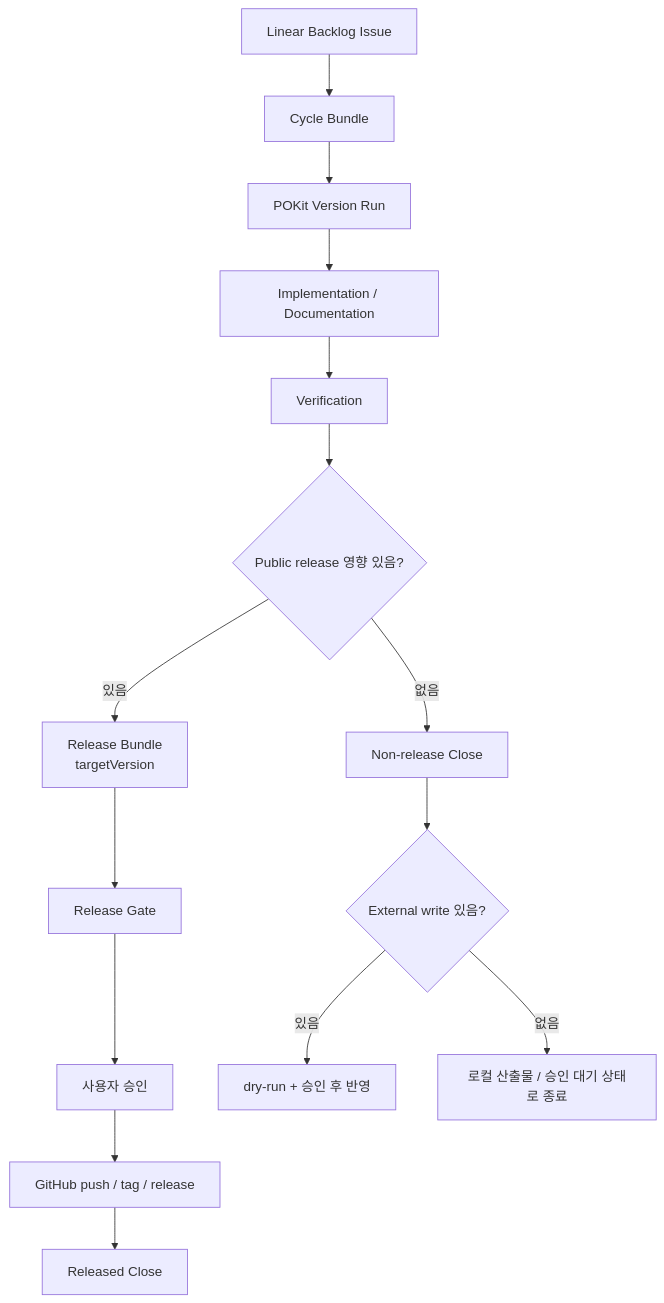
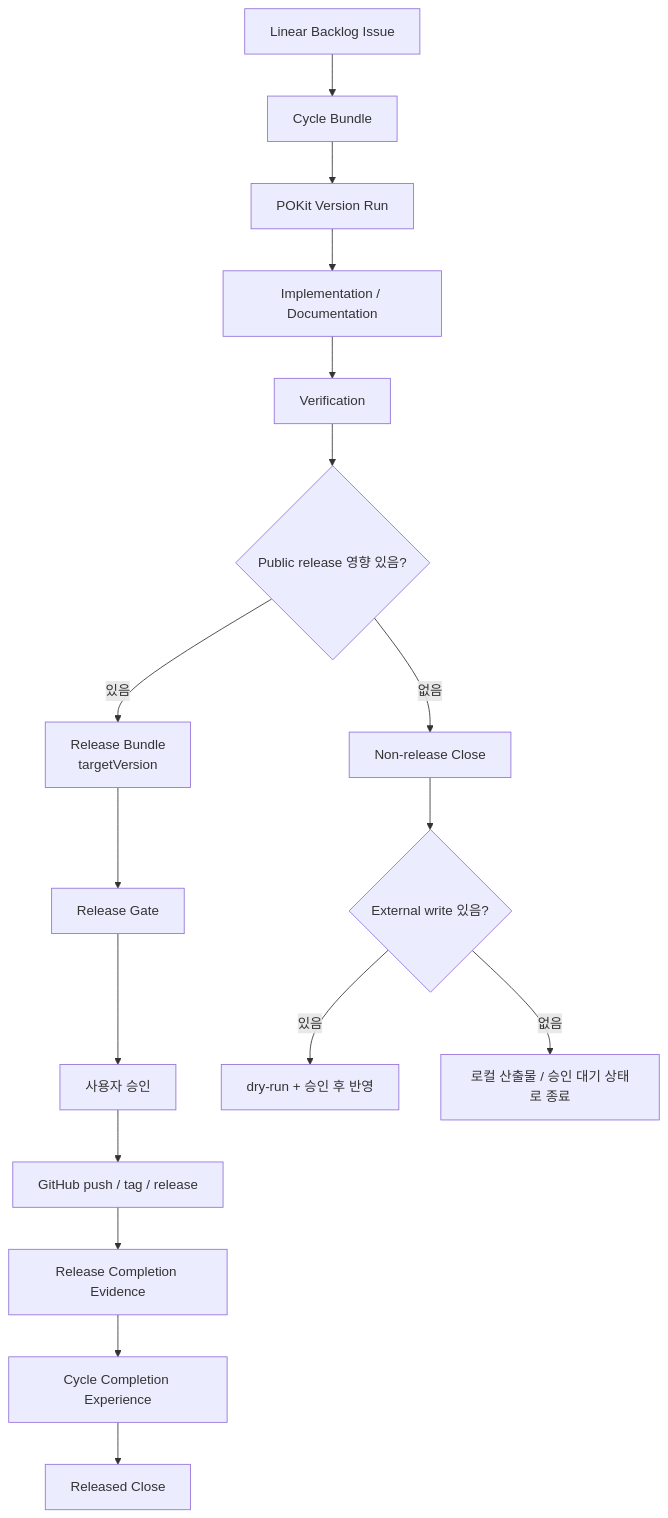
One commit to dongwonlee222/POKit changed the diagram in docs/architecture/09-release-and-non-release-flow.md. Above: the diagram before and after it, drawn with Mermaid. The commit also changed other lines of this file and 5 other files, not shown here.

Commit message:
Release v0.7.1 completion evidence flow

````diff
--- a/docs/architecture/09-release-and-non-release-flow.md
+++ b/docs/architecture/09-release-and-non-release-flow.md
@@ -7,19 +7,21 @@
 ```mermaid
 flowchart TD
   A["Linear Backlog Issue"] --> B["Cycle Bundle"]
   B --> C["POKit Version Run"]
   C --> D["Implementation / Documentation"]
   D --> E["Verification"]
   E --> F{"Public release 영향 있음?"}
 
   F -- "있음" --> G["Release Bundle<br/>targetVersion"]
   G --> H["Release Gate"]
   H --> I["사용자 승인"]
   I --> J["GitHub push / tag / release"]
-  J --> K["Released Close"]
+  J --> P["Release Completion Evidence"]
+  P --> Q["Cycle Completion Experience"]
+  Q --> K["Released Close"]
 
   F -- "없음" --> L["Non-release Close"]
   L --> M{"External write 있음?"}
   M -- "있음" --> N["dry-run + 승인 후 반영"]
   M -- "없음" --> O["로컬 산출물 / 승인 대기 상태로 종료"]
 ```
````
